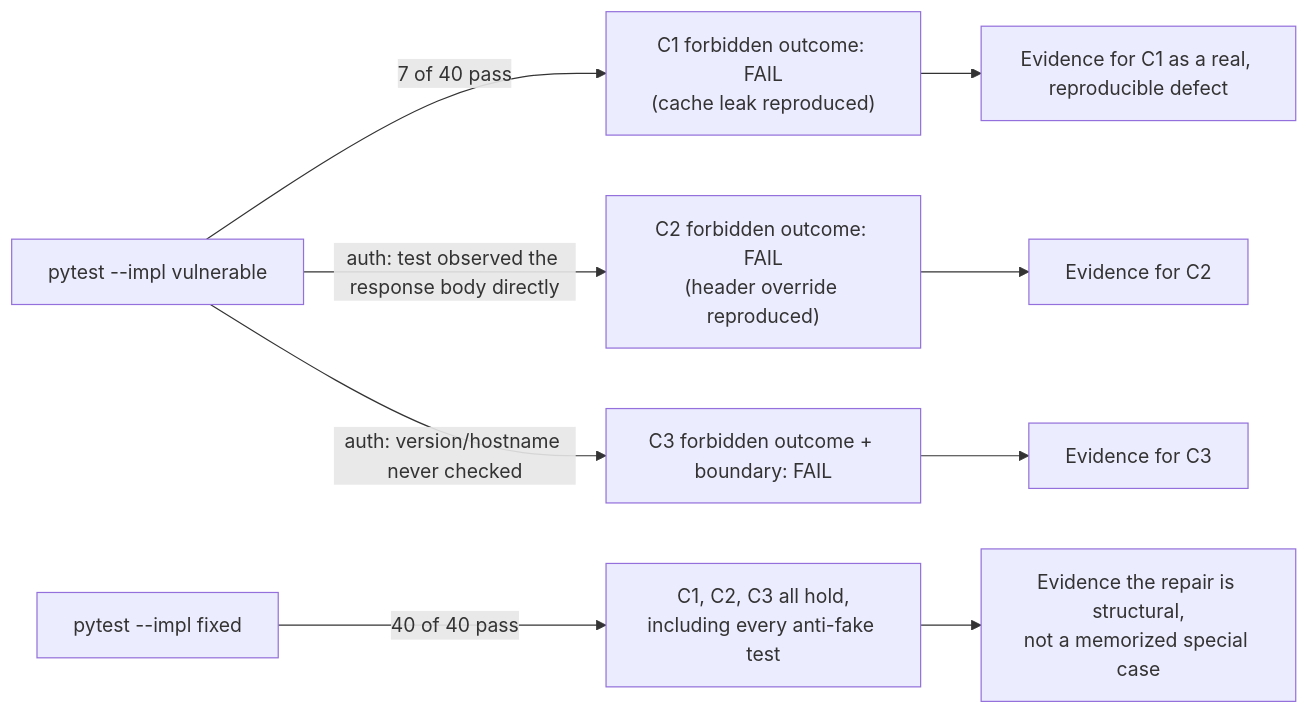
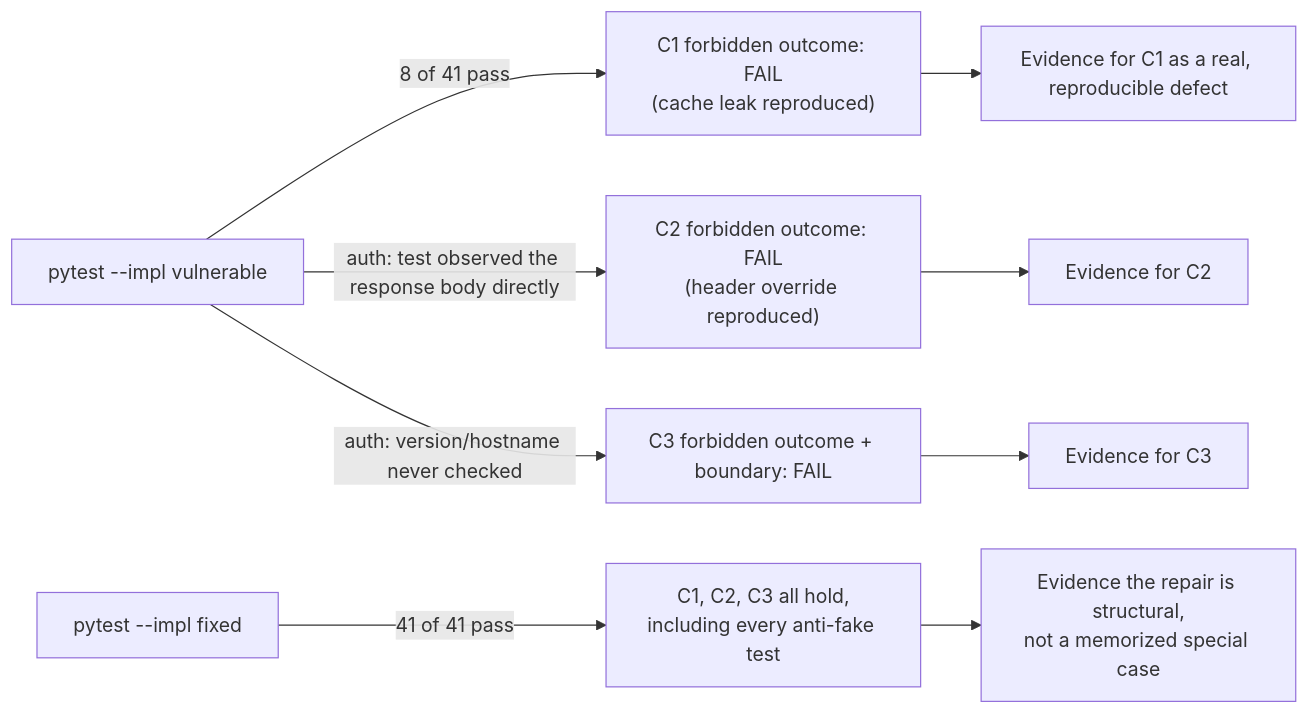
The diagram in content/modules/2/2.2/lessons/05-verify.md (ishitvagoel/LearnSecurity), drawn with Mermaid before and after one commit. The commit also changed other lines of this file and 7 other files, not shown here.

````diff
--- a/content/modules/2/2.2/lessons/05-verify.md
+++ b/content/modules/2/2.2/lessons/05-verify.md
@@ -23,11 +23,11 @@
 ```mermaid
 flowchart LR
-  Run["pytest --impl vulnerable"] -->|"7 of 40 pass"| V1["C1 forbidden outcome: FAIL\n(cache leak reproduced)"]
+  Run["pytest --impl vulnerable"] -->|"8 of 41 pass"| V1["C1 forbidden outcome: FAIL\n(cache leak reproduced)"]
   Run -->|auth: test observed the response body directly| V2["C2 forbidden outcome: FAIL\n(header override reproduced)"]
   Run -->|auth: version/hostname never checked| V3["C3 forbidden outcome + boundary: FAIL"]
-  Fixed["pytest --impl fixed"] -->|"40 of 40 pass"| F1["C1, C2, C3 all hold,\nincluding every anti-fake test"]
+  Fixed["pytest --impl fixed"] -->|"41 of 41 pass"| F1["C1, C2, C3 all hold,\nincluding every anti-fake test"]
   V1 --> Claim1["Evidence for C1 as a real, reproducible defect"]
   V2 --> Claim2["Evidence for C2"]
   V3 --> Claim3["Evidence for C3"]
   F1 --> ClaimAll["Evidence the repair is structural,\nnot a memorized special case"]
 ```
````
